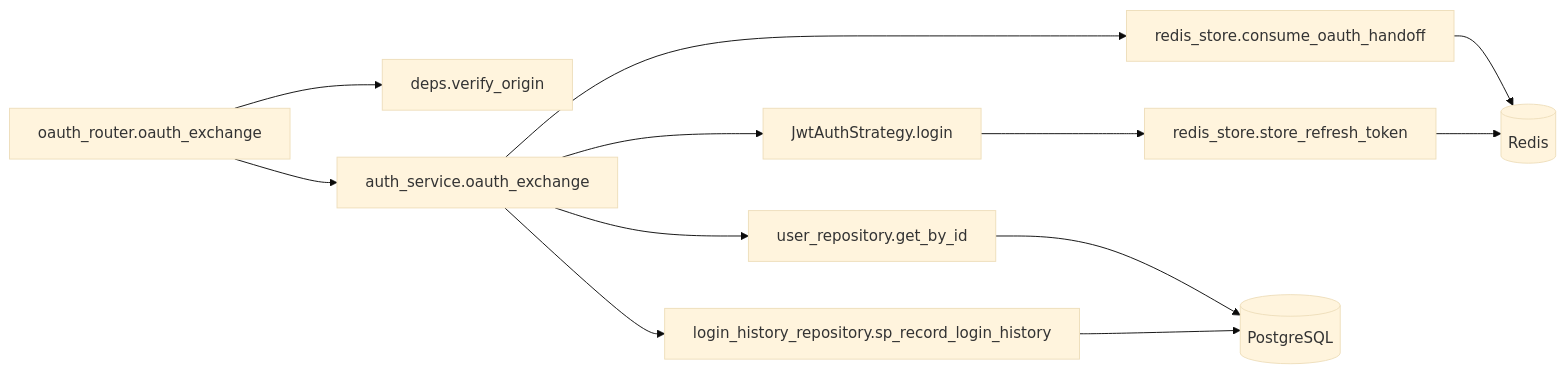
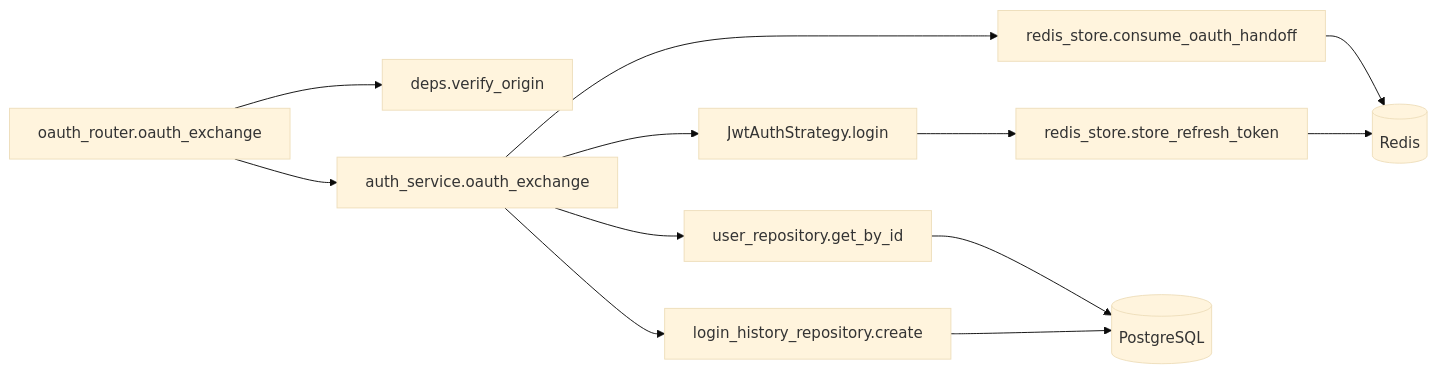
The third of 4 diagrams in docs/detailed_design/api/auth/13_post_auth_oauth_exchange.md (oikawa-d/task_management), drawn with Mermaid (base theme) before and after one commit. The commit also changed other lines of this file and 2 other files, not shown here.

Commit message:
docs: OAuth設計書の参照名を実装に統一

````diff
--- a/docs/detailed_design/api/auth/13_post_auth_oauth_exchange.md
+++ b/docs/detailed_design/api/auth/13_post_auth_oauth_exchange.md
@@ -249,14 +249,14 @@
 ```mermaid
 flowchart LR
     R["oauth_router.oauth_exchange"] --> D["deps.verify_origin"]
     R --> S["auth_service.oauth_exchange"]
     S --> RS1["redis_store.consume_oauth_handoff"]
     S --> URP["user_repository.get_by_id"]
     S --> JWTS["JwtAuthStrategy.login"]
-    S --> LRP["login_history_repository.sp_record_login_history"]
+    S --> LRP["login_history_repository.create"]
     JWTS --> RS2["redis_store.store_refresh_token"]
     RS1 --> RD[("Redis")]
     RS2 --> RD
     URP --> PG[("PostgreSQL")]
     LRP --> PG
 ```
````
